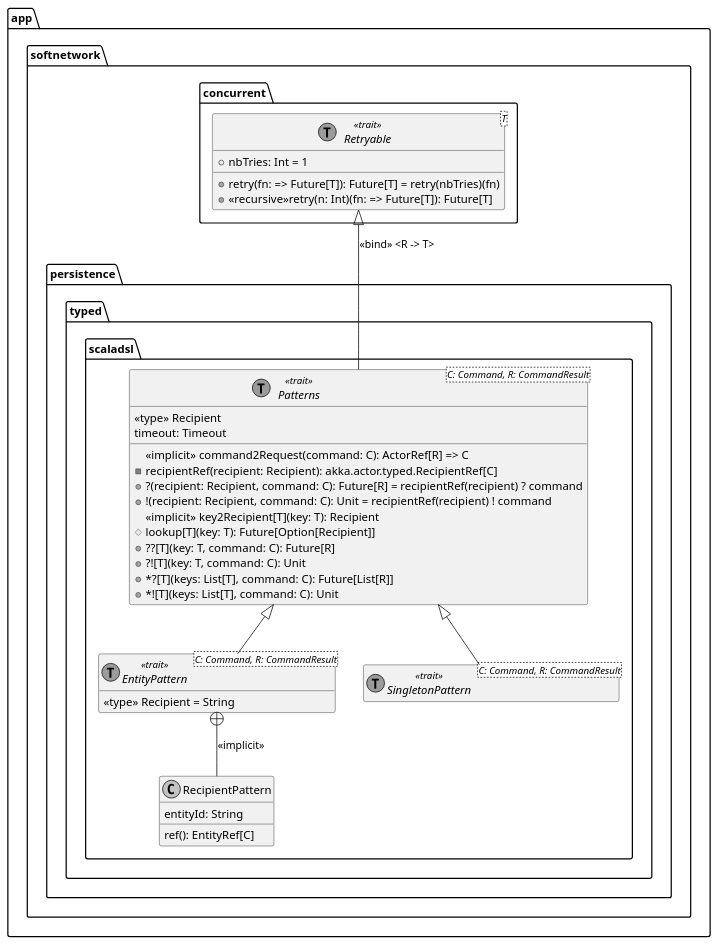
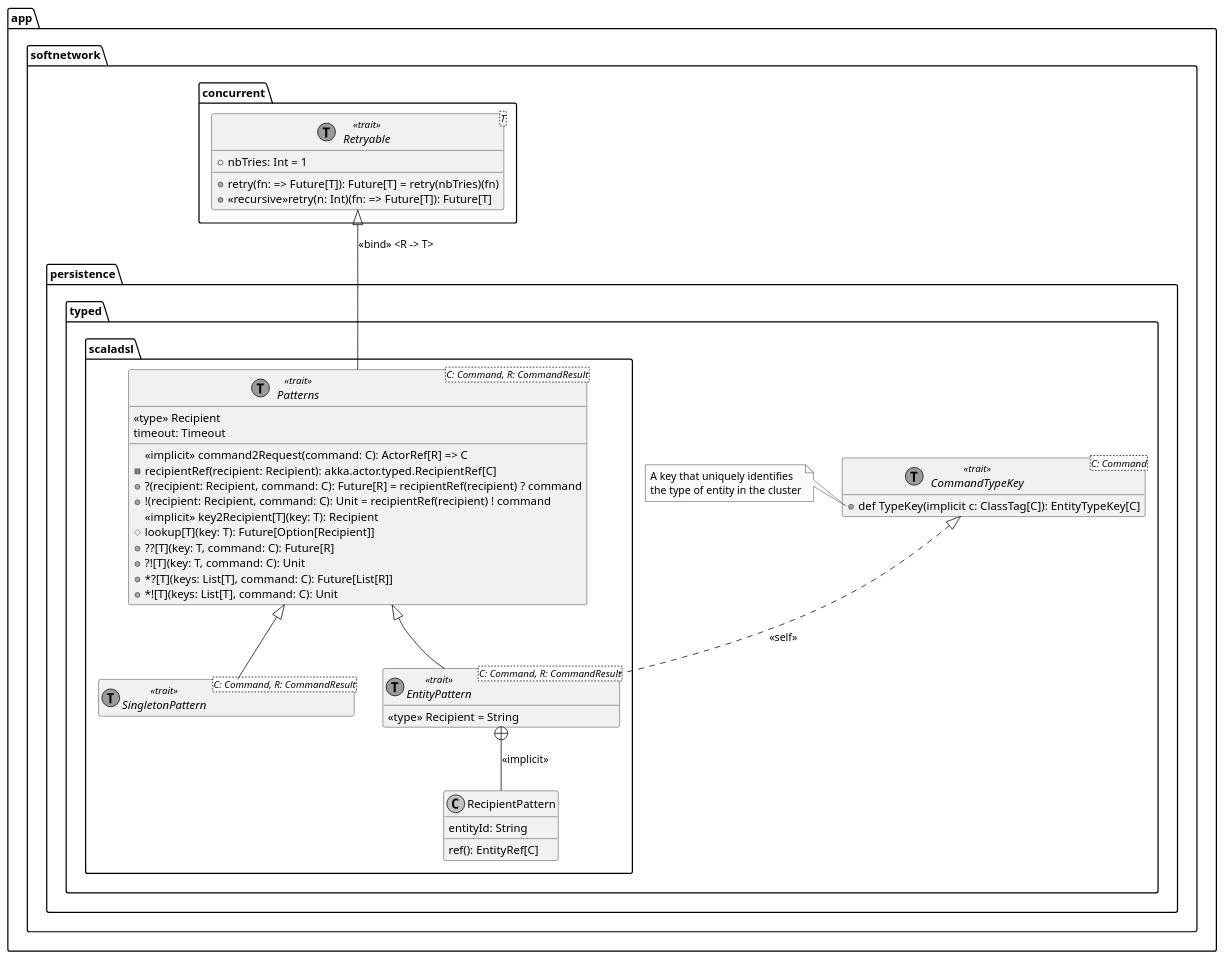
Before and after one commit to SOFTNETWORK-APP/generic-persistence-api: the diagram in docs/diagrams/src/Patterns.plantuml, drawn with PlantUML. The commit also changed 8 other files, not shown here.

```diff
--- a/docs/diagrams/src/Patterns.plantuml
+++ b/docs/diagrams/src/Patterns.plantuml
@@ -1,40 +1,50 @@
 @startuml Patterns
 skinparam monochrome true
 hide empty members
 
 package app.softnetwork {
     package concurrent {
         abstract Retryable <T> <<(T,orchid) trait>> {
             +nbTries: Int = 1
             +retry(fn: => Future[T]): Future[T] = retry(nbTries)(fn)
             +<<recursive>>retry(n: Int)(fn: => Future[T]): Future[T]
         }
     }
-    package persistence.typed.scaladsl {
-        abstract Patterns <C: Command, R: CommandResult> <<(T,orchid) trait>>{
-            <<type>> Recipient
-            <<implicit>> command2Request(command: C): ActorRef[R] => C
-            timeout: Timeout
-            -recipientRef(recipient: Recipient): akka.actor.typed.RecipientRef[C]
-            +?(recipient: Recipient, command: C): Future[R] = recipientRef(recipient) ? command
-            +!(recipient: Recipient, command: C): Unit = recipientRef(recipient) ! command
-            <<implicit>> key2Recipient[T](key: T): Recipient
-            #lookup[T](key: T): Future[Option[Recipient]]
-            +??[T](key: T, command: C): Future[R]
-            +?![T](key: T, command: C): Unit
-            +*?[T](keys: List[T], command: C): Future[List[R]]
-            +*![T](keys: List[T], command: C): Unit
+    package persistence.typed {
+        abstract class CommandTypeKey <C: Command> <<(T,orchid) trait >> {
+            +def TypeKey(implicit c: ClassTag[C]): EntityTypeKey[C]
         }
-        Retryable <|-- Patterns: <<bind>> <R -> T>
-        abstract EntityPattern <C: Command, R: CommandResult> <<(T,orchid) trait>> extends Patterns{
-            <<type>> Recipient = String
+        note left of CommandTypeKey::TypeKey
+            A key that uniquely identifies
+            the type of entity in the cluster
+        end note
+        package scaladsl {
+            abstract Patterns <C: Command, R: CommandResult> <<(T,orchid) trait>>{
+                <<type>> Recipient
+                <<implicit>> command2Request(command: C): ActorRef[R] => C
+                timeout: Timeout
+                -recipientRef(recipient: Recipient): akka.actor.typed.RecipientRef[C]
+                +?(recipient: Recipient, command: C): Future[R] = recipientRef(recipient) ? command
+                +!(recipient: Recipient, command: C): Unit = recipientRef(recipient) ! command
+                <<implicit>> key2Recipient[T](key: T): Recipient
+                #lookup[T](key: T): Future[Option[Recipient]]
+                +??[T](key: T, command: C): Future[R]
+                +?![T](key: T, command: C): Unit
+                +*?[T](keys: List[T], command: C): Future[List[R]]
+                +*![T](keys: List[T], command: C): Unit
+            }
+            Retryable <|-- Patterns: <<bind>> <R -> T>
+            abstract EntityPattern <C: Command, R: CommandResult> <<(T,orchid) trait>> extends Patterns{
+                <<type>> Recipient = String
+            }
+            CommandTypeKey <|.. EntityPattern : <<self>>
+            abstract SingletonPattern <C: Command, R: CommandResult> <<(T,orchid) trait>> extends Patterns
+            class RecipientPattern {
+              entityId: String
+              ref(): EntityRef[C]
+            }
+            EntityPattern +-- RecipientPattern: <<implicit>>
         }
-        abstract SingletonPattern <C: Command, R: CommandResult> <<(T,orchid) trait>> extends Patterns
-        class RecipientPattern {
-          entityId: String
-          ref(): EntityRef[C]
-        }
-        EntityPattern +-- RecipientPattern: <<implicit>>
     }
 }
 @enduml
```
